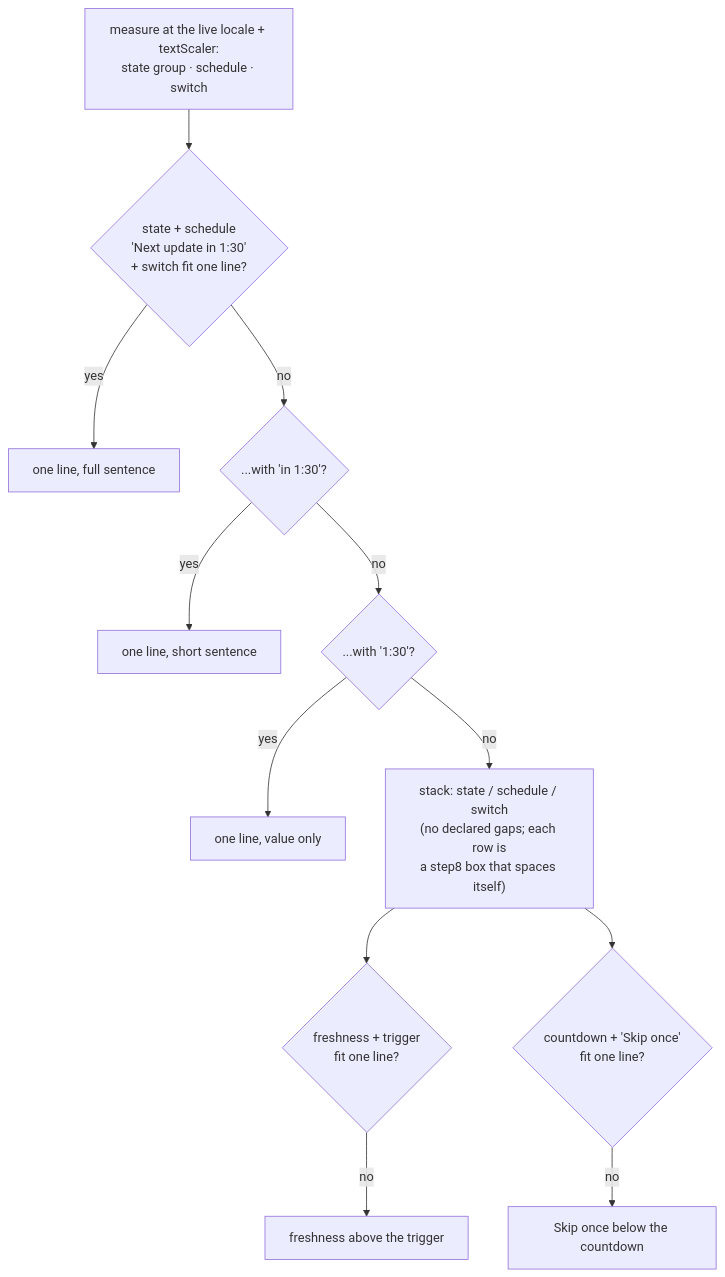
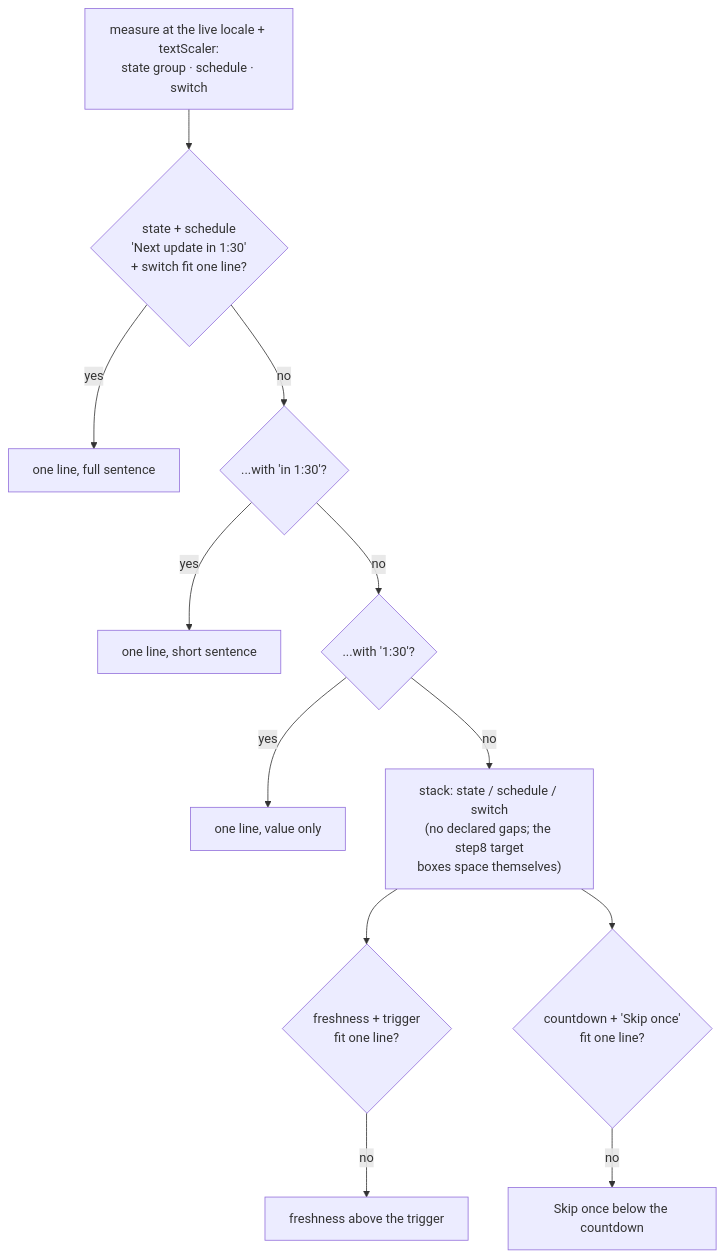
The second of 7 diagrams in knowledge/features/agents/ui-surfaces.md (matthiasn/lotti), drawn with Mermaid before and after one commit. The commit also changed other lines of this file and 2 other files, not shown here.

First line of the commit message:
fix: make the switch row's enlarged target real for assistive tech

````diff
--- a/knowledge/features/agents/ui-surfaces.md
+++ b/knowledge/features/agents/ui-surfaces.md
@@ -177,14 +180,14 @@
 ```mermaid
 flowchart TD
   M["measure at the live locale + textScaler:<br/>state group · schedule · switch"] --> T0{"state + schedule<br/>'Next update in 1:30'<br/>+ switch fit one line?"}
   T0 -->|yes| W0["one line, full sentence"]
   T0 -->|no| T1{"...with 'in 1:30'?"}
   T1 -->|yes| W1["one line, short sentence"]
   T1 -->|no| T2{"...with '1:30'?"}
   T2 -->|yes| W2["one line, value only"]
-  T2 -->|no| S["stack: state / schedule / switch<br/>(no declared gaps; each row is<br/>a step8 box that spaces itself)"]
+  T2 -->|no| S["stack: state / schedule / switch<br/>(no declared gaps; the step8 target<br/>boxes space themselves)"]
   S --> S1{"freshness + trigger<br/>fit one line?"}
   S1 -->|no| S2["freshness above the trigger"]
   S --> S3{"countdown + 'Skip once'<br/>fit one line?"}
   S3 -->|no| S4["Skip once below the countdown"]
 ```
````
